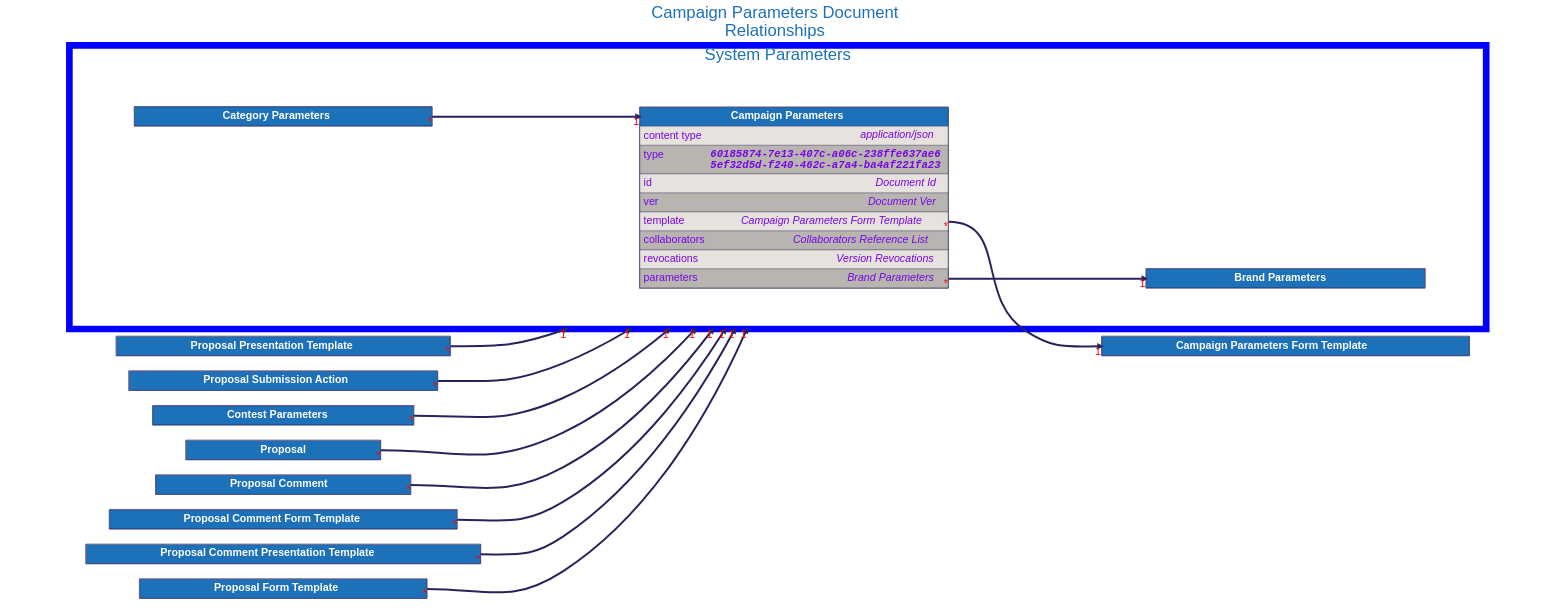
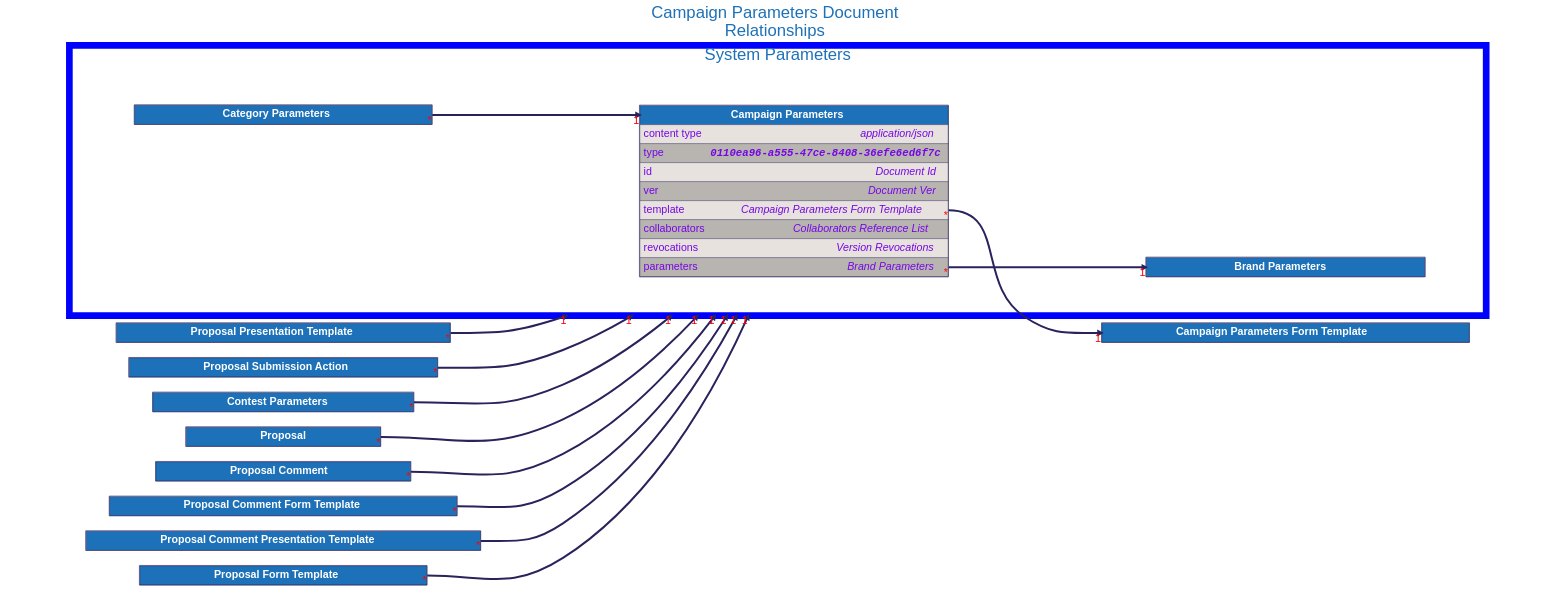
The diagram in docs/src/architecture/08_concepts/signed_doc/diagrams/campaign_parameters.dot (input-output-hk/catalyst-libs), drawn with Graphviz before and after one commit. The commit also changed 57 other files, not shown here.

```diff
--- a/docs/src/architecture/08_concepts/signed_doc/diagrams/campaign_parameters.dot
+++ b/docs/src/architecture/08_concepts/signed_doc/diagrams/campaign_parameters.dot
@@ -192,7 +192,7 @@
                         <TABLE CELLPADDING="0" CELLSPACING="0" BORDER="0">
                             <TR>
                                 <TD ALIGN="LEFT" VALIGN="TOP" WIDTH="200"><FONT COLOR="#7706E5">type</FONT></TD>
-                                <TD ALIGN="RIGHT"><FONT FACE="Courier" COLOR="#7706E5"><B><I>60185874-7e13-407c-a06c-238ffe637ae6<BR />5ef32d5d-f240-462c-a7a4-ba4af221fa23</I></B></FONT></TD>
+                                <TD ALIGN="RIGHT"><FONT FACE="Courier" COLOR="#7706E5"><B><I>0110ea96-a555-47ce-8408-36efe6ed6f7c</I></B></FONT></TD>
                             </TR>
                         </TABLE>
                     </TD>
```
